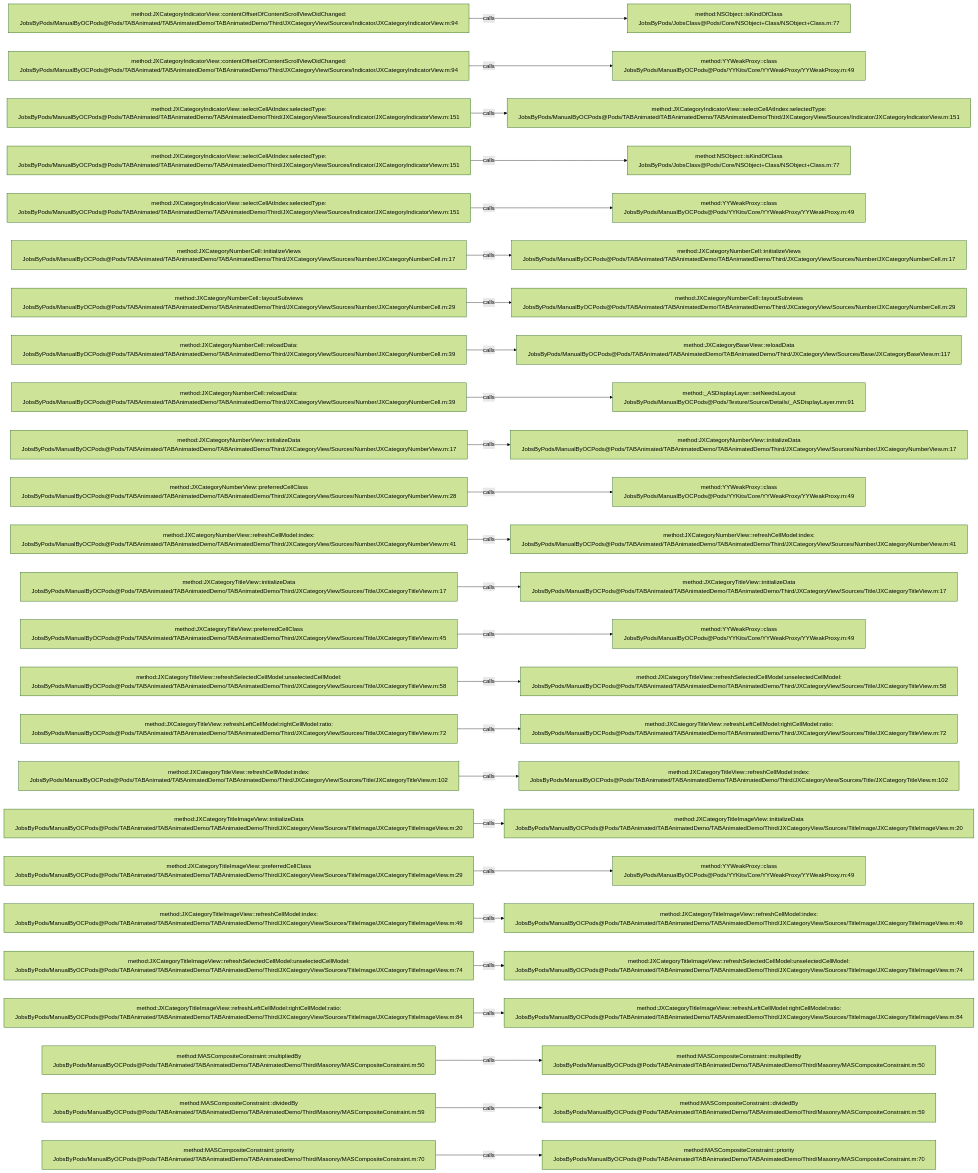
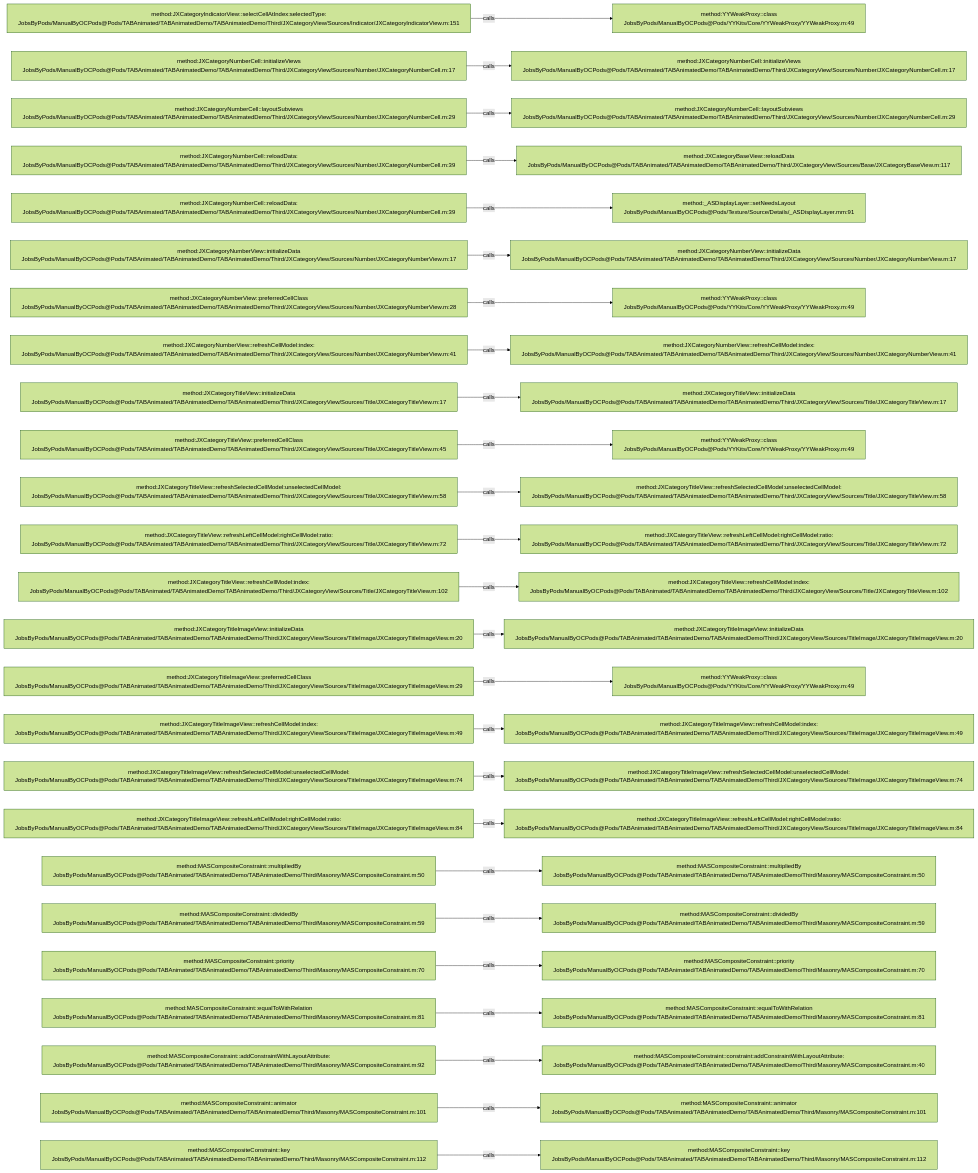
The diagram in .codegraph/codegraph.md/graphs/calls-041.md (JobsKits/JobsOCBaseConfigDemo), drawn with Mermaid (forest theme) before and after one commit. The commit also changed 727 other files, not shown here.

````diff
--- a/.codegraph/codegraph.md/graphs/calls-041.md
+++ b/.codegraph/codegraph.md/graphs/calls-041.md
@@ -13,78 +13,78 @@
 ```mermaid
 flowchart LR
-  S1["method:JXCategoryIndicatorView::contentOffsetOfContentScrollViewDidChanged:<br/>JobsByPods/ManualByOCPods@Pods/TABAnimated/TABAnimatedDemo/TABAnimatedDemo/Third/JXCategoryView/Sources/Indicator/JXCategoryIndicatorView.m:94"]
-  T1["method:NSObject::isKindOfClass<br/>JobsByPods/JobsClass@Pods/Core/NSObject+Class/NSObject+Class.m:77"]
+  S1["method:JXCategoryIndicatorView::selectCellAtIndex:selectedType:<br/>JobsByPods/ManualByOCPods@Pods/TABAnimated/TABAnimatedDemo/TABAnimatedDemo/Third/JXCategoryView/Sources/Indicator/JXCategoryIndicatorView.m:151"]
+  T1["method:YYWeakProxy::class<br/>JobsByPods/ManualByOCPods@Pods/YYKits/Core/YYWeakProxy/YYWeakProxy.m:49"]
   S1 -->|calls| T1
-  S2["method:JXCategoryIndicatorView::contentOffsetOfContentScrollViewDidChanged:<br/>JobsByPods/ManualByOCPods@Pods/TABAnimated/TABAnimatedDemo/TABAnimatedDemo/Third/JXCategoryView/Sources/Indicator/JXCategoryIndicatorView.m:94"]
-  T2["method:YYWeakProxy::class<br/>JobsByPods/ManualByOCPods@Pods/YYKits/Core/YYWeakProxy/YYWeakProxy.m:49"]
+  S2["method:JXCategoryNumberCell::initializeViews<br/>JobsByPods/ManualByOCPods@Pods/TABAnimated/TABAnimatedDemo/TABAnimatedDemo/Third/JXCategoryView/Sources/Number/JXCategoryNumberCell.m:17"]
+  T2["method:JXCategoryNumberCell::initializeViews<br/>JobsByPods/ManualByOCPods@Pods/TABAnimated/TABAnimatedDemo/TABAnimatedDemo/Third/JXCategoryView/Sources/Number/JXCategoryNumberCell.m:17"]
   S2 -->|calls| T2
-  S3["method:JXCategoryIndicatorView::selectCellAtIndex:selectedType:<br/>JobsByPods/ManualByOCPods@Pods/TABAnimated/TABAnimatedDemo/TABAnimatedDemo/Third/JXCategoryView/Sources/Indicator/JXCategoryIndicatorView.m:151"]
-  T3["method:JXCategoryIndicatorView::selectCellAtIndex:selectedType:<br/>JobsByPods/ManualByOCPods@Pods/TABAnimated/TABAnimatedDemo/TABAnimatedDemo/Third/JXCategoryView/Sources/Indicator/JXCategoryIndicatorView.m:151"]
+  S3["method:JXCategoryNumberCell::layoutSubviews<br/>JobsByPods/ManualByOCPods@Pods/TABAnimated/TABAnimatedDemo/TABAnimatedDemo/Third/JXCategoryView/Sources/Number/JXCategoryNumberCell.m:29"]
+  T3["method:JXCategoryNumberCell::layoutSubviews<br/>JobsByPods/ManualByOCPods@Pods/TABAnimated/TABAnimatedDemo/TABAnimatedDemo/Third/JXCategoryView/Sources/Number/JXCategoryNumberCell.m:29"]
   S3 -->|calls| T3
-  S4["method:JXCategoryIndicatorView::selectCellAtIndex:selectedType:<br/>JobsByPods/ManualByOCPods@Pods/TABAnimated/TABAnimatedDemo/TABAnimatedDemo/Third/JXCategoryView/Sources/Indicator/JXCategoryIndicatorView.m:151"]
-  T4["method:NSObject::isKindOfClass<br/>JobsByPods/JobsClass@Pods/Core/NSObject+Class/NSObject+Class.m:77"]
+  S4["method:JXCategoryNumberCell::reloadData:<br/>JobsByPods/ManualByOCPods@Pods/TABAnimated/TABAnimatedDemo/TABAnimatedDemo/Third/JXCategoryView/Sources/Number/JXCategoryNumberCell.m:39"]
+  T4["method:JXCategoryBaseView::reloadData<br/>JobsByPods/ManualByOCPods@Pods/TABAnimated/TABAnimatedDemo/TABAnimatedDemo/Third/JXCategoryView/Sources/Base/JXCategoryBaseView.m:117"]
   S4 -->|calls| T4
-  S5["method:JXCategoryIndicatorView::selectCellAtIndex:selectedType:<br/>JobsByPods/ManualByOCPods@Pods/TABAnimated/TABAnimatedDemo/TABAnimatedDemo/Third/JXCategoryView/Sources/Indicator/JXCategoryIndicatorView.m:151"]
-  T5["method:YYWeakProxy::class<br/>JobsByPods/ManualByOCPods@Pods/YYKits/Core/YYWeakProxy/YYWeakProxy.m:49"]
+  S5["method:JXCategoryNumberCell::reloadData:<br/>JobsByPods/ManualByOCPods@Pods/TABAnimated/TABAnimatedDemo/TABAnimatedDemo/Third/JXCategoryView/Sources/Number/JXCategoryNumberCell.m:39"]
+  T5["method:_ASDisplayLayer::setNeedsLayout<br/>JobsByPods/ManualByOCPods@Pods/Texture/Source/Details/_ASDisplayLayer.mm:91"]
   S5 -->|calls| T5
-  S6["method:JXCategoryNumberCell::initializeViews<br/>JobsByPods/ManualByOCPods@Pods/TABAnimated/TABAnimatedDemo/TABAnimatedDemo/Third/JXCategoryView/Sources/Number/JXCategoryNumberCell.m:17"]
-  T6["method:JXCategoryNumberCell::initializeViews<br/>JobsByPods/ManualByOCPods@Pods/TABAnimated/TABAnimatedDemo/TABAnimatedDemo/Third/JXCategoryView/Sources/Number/JXCategoryNumberCell.m:17"]
+  S6["method:JXCategoryNumberView::initializeData<br/>JobsByPods/ManualByOCPods@Pods/TABAnimated/TABAnimatedDemo/TABAnimatedDemo/Third/JXCategoryView/Sources/Number/JXCategoryNumberView.m:17"]
+  T6["method:JXCategoryNumberView::initializeData<br/>JobsByPods/ManualByOCPods@Pods/TABAnimated/TABAnimatedDemo/TABAnimatedDemo/Third/JXCategoryView/Sources/Number/JXCategoryNumberView.m:17"]
   S6 -->|calls| T6
-  S7["method:JXCategoryNumberCell::layoutSubviews<br/>JobsByPods/ManualByOCPods@Pods/TABAnimated/TABAnimatedDemo/TABAnimatedDemo/Third/JXCategoryView/Sources/Number/JXCategoryNumberCell.m:29"]
-  T7["method:JXCategoryNumberCell::layoutSubviews<br/>JobsByPods/ManualByOCPods@Pods/TABAnimated/TABAnimatedDemo/TABAnimatedDemo/Third/JXCategoryView/Sources/Number/JXCategoryNumberCell.m:29"]
+  S7["method:JXCategoryNumberView::preferredCellClass<br/>JobsByPods/ManualByOCPods@Pods/TABAnimated/TABAnimatedDemo/TABAnimatedDemo/Third/JXCategoryView/Sources/Number/JXCategoryNumberView.m:28"]
+  T7["method:YYWeakProxy::class<br/>JobsByPods/ManualByOCPods@Pods/YYKits/Core/YYWeakProxy/YYWeakProxy.m:49"]
   S7 -->|calls| T7
-  S8["method:JXCategoryNumberCell::reloadData:<br/>JobsByPods/ManualByOCPods@Pods/TABAnimated/TABAnimatedDemo/TABAnimatedDemo/Third/JXCategoryView/Sources/Number/JXCategoryNumberCell.m:39"]
-  T8["method:JXCategoryBaseView::reloadData<br/>JobsByPods/ManualByOCPods@Pods/TABAnimated/TABAnimatedDemo/TABAnimatedDemo/Third/JXCategoryView/Sources/Base/JXCategoryBaseView.m:117"]
+  S8["method:JXCategoryNumberView::refreshCellModel:index:<br/>JobsByPods/ManualByOCPods@Pods/TABAnimated/TABAnimatedDemo/TABAnimatedDemo/Third/JXCategoryView/Sources/Number/JXCategoryNumberView.m:41"]
+  T8["method:JXCategoryNumberView::refreshCellModel:index:<br/>JobsByPods/ManualByOCPods@Pods/TABAnimated/TABAnimatedDemo/TABAnimatedDemo/Third/JXCategoryView/Sources/Number/JXCategoryNumberView.m:41"]
   S8 -->|calls| T8
-  S9["method:JXCategoryNumberCell::reloadData:<br/>JobsByPods/ManualByOCPods@Pods/TABAnimated/TABAnimatedDemo/TABAnimatedDemo/Third/JXCategoryView/Sources/Number/JXCategoryNumberCell.m:39"]
-  T9["method:_ASDisplayLayer::setNeedsLayout<br/>JobsByPods/ManualByOCPods@Pods/Texture/Source/Details/_ASDisplayLayer.mm:91"]
+  S9["method:JXCategoryTitleView::initializeData<br/>JobsByPods/ManualByOCPods@Pods/TABAnimated/TABAnimatedDemo/TABAnimatedDemo/Third/JXCategoryView/Sources/Title/JXCategoryTitleView.m:17"]
+  T9["method:JXCategoryTitleView::initializeData<br/>JobsByPods/ManualByOCPods@Pods/TABAnimated/TABAnimatedDemo/TABAnimatedDemo/Third/JXCategoryView/Sources/Title/JXCategoryTitleView.m:17"]
   S9 -->|calls| T9
-  S10["method:JXCategoryNumberView::initializeData<br/>JobsByPods/ManualByOCPods@Pods/TABAnimated/TABAnimatedDemo/TABAnimatedDemo/Third/JXCategoryView/Sources/Number/JXCategoryNumberView.m:17"]
-  T10["method:JXCategoryNumberView::initializeData<br/>JobsByPods/ManualByOCPods@Pods/TABAnimated/TABAnimatedDemo/TABAnimatedDemo/Third/JXCategoryView/Sources/Number/JXCategoryNumberView.m:17"]
+  S10["method:JXCategoryTitleView::preferredCellClass<br/>JobsByPods/ManualByOCPods@Pods/TABAnimated/TABAnimatedDemo/TABAnimatedDemo/Third/JXCategoryView/Sources/Title/JXCategoryTitleView.m:45"]
+  T10["method:YYWeakProxy::class<br/>JobsByPods/ManualByOCPods@Pods/YYKits/Core/YYWeakProxy/YYWeakProxy.m:49"]
   S10 -->|calls| T10
-  S11["method:JXCategoryNumberView::preferredCellClass<br/>JobsByPods/ManualByOCPods@Pods/TABAnimated/TABAnimatedDemo/TABAnimatedDemo/Third/JXCategoryView/Sources/Number/JXCategoryNumberView.m:28"]
-  T11["method:YYWeakProxy::class<br/>JobsByPods/ManualByOCPods@Pods/YYKits/Core/YYWeakProxy/YYWeakProxy.m:49"]
+  S11["method:JXCategoryTitleView::refreshSelectedCellModel:unselectedCellModel:<br/>JobsByPods/ManualByOCPods@Pods/TABAnimated/TABAnimatedDemo/TABAnimatedDemo/Third/JXCategoryView/Sources/Title/JXCategoryTitleView.m:58"]
+  T11["method:JXCategoryTitleView::refreshSelectedCellModel:unselectedCellModel:<br/>JobsByPods/ManualByOCPods@Pods/TABAnimated/TABAnimatedDemo/TABAnimatedDemo/Third/JXCategoryView/Sources/Title/JXCategoryTitleView.m:58"]
   S11 -->|calls| T11
-  S12["method:JXCategoryNumberView::refreshCellModel:index:<br/>JobsByPods/ManualByOCPods@Pods/TABAnimated/TABAnimatedDemo/TABAnimatedDemo/Third/JXCategoryView/Sources/Number/JXCategoryNumberView.m:41"]
-  T12["method:JXCategoryNumberView::refreshCellModel:index:<br/>JobsByPods/ManualByOCPods@Pods/TABAnimated/TABAnimatedDemo/TABAnimatedDemo/Third/JXCategoryView/Sources/Number/JXCategoryNumberView.m:41"]
+  S12["method:JXCategoryTitleView::refreshLeftCellModel:rightCellModel:ratio:<br/>JobsByPods/ManualByOCPods@Pods/TABAnimated/TABAnimatedDemo/TABAnimatedDemo/Third/JXCategoryView/Sources/Title/JXCategoryTitleView.m:72"]
+  T12["method:JXCategoryTitleView::refreshLeftCellModel:rightCellModel:ratio:<br/>JobsByPods/ManualByOCPods@Pods/TABAnimated/TABAnimatedDemo/TABAnimatedDemo/Third/JXCategoryView/Sources/Title/JXCategoryTitleView.m:72"]
   S12 -->|calls| T12
-  S13["method:JXCategoryTitleView::initializeData<br/>JobsByPods/ManualByOCPods@Pods/TABAnimated/TABAnimatedDemo/TABAnimatedDemo/Third/JXCategoryView/Sources/Title/JXCategoryTitleView.m:17"]
-  T13["method:JXCategoryTitleView::initializeData<br/>JobsByPods/ManualByOCPods@Pods/TABAnimated/TABAnimatedDemo/TABAnimatedDemo/Third/JXCategoryView/Sources/Title/JXCategoryTitleView.m:17"]
+  S13["method:JXCategoryTitleView::refreshCellModel:index:<br/>JobsByPods/ManualByOCPods@Pods/TABAnimated/TABAnimatedDemo/TABAnimatedDemo/Third/JXCategoryView/Sources/Title/JXCategoryTitleView.m:102"]
+  T13["method:JXCategoryTitleView::refreshCellModel:index:<br/>JobsByPods/ManualByOCPods@Pods/TABAnimated/TABAnimatedDemo/TABAnimatedDemo/Third/JXCategoryView/Sources/Title/JXCategoryTitleView.m:102"]
   S13 -->|calls| T13
-  S14["method:JXCategoryTitleView::preferredCellClass<br/>JobsByPods/ManualByOCPods@Pods/TABAnimated/TABAnimatedDemo/TABAnimatedDemo/Third/JXCategoryView/Sources/Title/JXCategoryTitleView.m:45"]
-  T14["method:YYWeakProxy::class<br/>JobsByPods/ManualByOCPods@Pods/YYKits/Core/YYWeakProxy/YYWeakProxy.m:49"]
+  S14["method:JXCategoryTitleImageView::initializeData<br/>JobsByPods/ManualByOCPods@Pods/TABAnimated/TABAnimatedDemo/TABAnimatedDemo/Third/JXCategoryView/Sources/TitleImage/JXCategoryTitleImageView.m:20"]
+  T14["method:JXCategoryTitleImageView::initializeData<br/>JobsByPods/ManualByOCPods@Pods/TABAnimated/TABAnimatedDemo/TABAnimatedDemo/Third/JXCategoryView/Sources/TitleImage/JXCategoryTitleImageView.m:20"]
   S14 -->|calls| T14
-  S15["method:JXCategoryTitleView::refreshSelectedCellModel:unselectedCellModel:<br/>JobsByPods/ManualByOCPods@Pods/TABAnimated/TABAnimatedDemo/TABAnimatedDemo/Third/JXCategoryView/Sources/Title/JXCategoryTitleView.m:58"]
-  T15["method:JXCategoryTitleView::refreshSelectedCellModel:unselectedCellModel:<br/>JobsByPods/ManualByOCPods@Pods/TABAnimated/TABAnimatedDemo/TABAnimatedDemo/Third/JXCategoryView/Sources/Title/JXCategoryTitleView.m:58"]
+  S15["method:JXCategoryTitleImageView::preferredCellClass<br/>JobsByPods/ManualByOCPods@Pods/TABAnimated/TABAnimatedDemo/TABAnimatedDemo/Third/JXCategoryView/Sources/TitleImage/JXCategoryTitleImageView.m:29"]
+  T15["method:YYWeakProxy::class<br/>JobsByPods/ManualByOCPods@Pods/YYKits/Core/YYWeakProxy/YYWeakProxy.m:49"]
   S15 -->|calls| T15
-  S16["method:JXCategoryTitleView::refreshLeftCellModel:rightCellModel:ratio:<br/>JobsByPods/ManualByOCPods@Pods/TABAnimated/TABAnimatedDemo/TABAnimatedDemo/Third/JXCategoryView/Sources/Title/JXCategoryTitleView.m:72"]
-  T16["method:JXCategoryTitleView::refreshLeftCellModel:rightCellModel:ratio:<br/>JobsByPods/ManualByOCPods@Pods/TABAnimated/TABAnimatedDemo/TABAnimatedDemo/Third/JXCategoryView/Sources/Title/JXCategoryTitleView.m:72"]
+  S16["method:JXCategoryTitleImageView::refreshCellModel:index:<br/>JobsByPods/ManualByOCPods@Pods/TABAnimated/TABAnimatedDemo/TABAnimatedDemo/Third/JXCategoryView/Sources/TitleImage/JXCategoryTitleImageView.m:49"]
+  T16["method:JXCategoryTitleImageView::refreshCellModel:index:<br/>JobsByPods/ManualByOCPods@Pods/TABAnimated/TABAnimatedDemo/TABAnimatedDemo/Third/JXCategoryView/Sources/TitleImage/JXCategoryTitleImageView.m:49"]
   S16 -->|calls| T16
-  S17["method:JXCategoryTitleView::refreshCellModel:index:<br/>JobsByPods/ManualByOCPods@Pods/TABAnimated/TABAnimatedDemo/TABAnimatedDemo/Third/JXCategoryView/Sources/Title/JXCategoryTitleView.m:102"]
-  T17["method:JXCategoryTitleView::refreshCellModel:index:<br/>JobsByPods/ManualByOCPods@Pods/TABAnimated/TABAnimatedDemo/TABAnimatedDemo/Third/JXCategoryView/Sources/Title/JXCategoryTitleView.m:102"]
+  S17["method:JXCategoryTitleImageView::refreshSelectedCellModel:unselectedCellModel:<br/>JobsByPods/ManualByOCPods@Pods/TABAnimated/TABAnimatedDemo/TABAnimatedDemo/Third/JXCategoryView/Sources/TitleImage/JXCategoryTitleImageView.m:74"]
+  T17["method:JXCategoryTitleImageView::refreshSelectedCellModel:unselectedCellModel:<br/>JobsByPods/ManualByOCPods@Pods/TABAnimated/TABAnimatedDemo/TABAnimatedDemo/Third/JXCategoryView/Sources/TitleImage/JXCategoryTitleImageView.m:74"]
   S17 -->|calls| T17
-  S18["method:JXCategoryTitleImageView::initializeData<br/>JobsByPods/ManualByOCPods@Pods/TABAnimated/TABAnimatedDemo/TABAnimatedDemo/Third/JXCategoryView/Sources/TitleImage/JXCategoryTitleImageView.m:20"]
-  T18["method:JXCategoryTitleImageView::initializeData<br/>JobsByPods/ManualByOCPods@Pods/TABAnimated/TABAnimatedDemo/TABAnimatedDemo/Third/JXCategoryView/Sources/TitleImage/JXCategoryTitleImageView.m:20"]
+  S18["method:JXCategoryTitleImageView::refreshLeftCellModel:rightCellModel:ratio:<br/>JobsByPods/ManualByOCPods@Pods/TABAnimated/TABAnimatedDemo/TABAnimatedDemo/Third/JXCategoryView/Sources/TitleImage/JXCategoryTitleImageView.m:84"]
+  T18["method:JXCategoryTitleImageView::refreshLeftCellModel:rightCellModel:ratio:<br/>JobsByPods/ManualByOCPods@Pods/TABAnimated/TABAnimatedDemo/TABAnimatedDemo/Third/JXCategoryView/Sources/TitleImage/JXCategoryTitleImageView.m:84"]
   S18 -->|calls| T18
-  S19["method:JXCategoryTitleImageView::preferredCellClass<br/>JobsByPods/ManualByOCPods@Pods/TABAnimated/TABAnimatedDemo/TABAnimatedDemo/Third/JXCategoryView/Sources/TitleImage/JXCategoryTitleImageView.m:29"]
-  T19["method:YYWeakProxy::class<br/>JobsByPods/ManualByOCPods@Pods/YYKits/Core/YYWeakProxy/YYWeakProxy.m:49"]
+  S19["method:MASCompositeConstraint::multipliedBy<br/>JobsByPods/ManualByOCPods@Pods/TABAnimated/TABAnimatedDemo/TABAnimatedDemo/Third/Masonry/MASCompositeConstraint.m:50"]
+  T19["method:MASCompositeConstraint::multipliedBy<br/>JobsByPods/ManualByOCPods@Pods/TABAnimated/TABAnimatedDemo/TABAnimatedDemo/Third/Masonry/MASCompositeConstraint.m:50"]
   S19 -->|calls| T19
-  S20["method:JXCategoryTitleImageView::refreshCellModel:index:<br/>JobsByPods/ManualByOCPods@Pods/TABAnimated/TABAnimatedDemo/TABAnimatedDemo/Third/JXCategoryView/Sources/TitleImage/JXCategoryTitleImageView.m:49"]
-  T20["method:JXCategoryTitleImageView::refreshCellModel:index:<br/>JobsByPods/ManualByOCPods@Pods/TABAnimated/TABAnimatedDemo/TABAnimatedDemo/Third/JXCategoryView/Sources/TitleImage/JXCategoryTitleImageView.m:49"]
+  S20["method:MASCompositeConstraint::dividedBy<br/>JobsByPods/ManualByOCPods@Pods/TABAnimated/TABAnimatedDemo/TABAnimatedDemo/Third/Masonry/MASCompositeConstraint.m:59"]
+  T20["method:MASCompositeConstraint::dividedBy<br/>JobsByPods/ManualByOCPods@Pods/TABAnimated/TABAnimatedDemo/TABAnimatedDemo/Third/Masonry/MASCompositeConstraint.m:59"]
   S20 -->|calls| T20
-  S21["method:JXCategoryTitleImageView::refreshSelectedCellModel:unselectedCellModel:<br/>JobsByPods/ManualByOCPods@Pods/TABAnimated/TABAnimatedDemo/TABAnimatedDemo/Third/JXCategoryView/Sources/TitleImage/JXCategoryTitleImageView.m:74"]
-  T21["method:JXCategoryTitleImageView::refreshSelectedCellModel:unselectedCellModel:<br/>JobsByPods/ManualByOCPods@Pods/TABAnimated/TABAnimatedDemo/TABAnimatedDemo/Third/JXCategoryView/Sources/TitleImage/JXCategoryTitleImageView.m:74"]
+  S21["method:MASCompositeConstraint::priority<br/>JobsByPods/ManualByOCPods@Pods/TABAnimated/TABAnimatedDemo/TABAnimatedDemo/Third/Masonry/MASCompositeConstraint.m:70"]
+  T21["method:MASCompositeConstraint::priority<br/>JobsByPods/ManualByOCPods@Pods/TABAnimated/TABAnimatedDemo/TABAnimatedDemo/Third/Masonry/MASCompositeConstraint.m:70"]
   S21 -->|calls| T21
-  S22["method:JXCategoryTitleImageView::refreshLeftCellModel:rightCellModel:ratio:<br/>JobsByPods/ManualByOCPods@Pods/TABAnimated/TABAnimatedDemo/TABAnimatedDemo/Third/JXCategoryView/Sources/TitleImage/JXCategoryTitleImageView.m:84"]
-  T22["method:JXCategoryTitleImageView::refreshLeftCellModel:rightCellModel:ratio:<br/>JobsByPods/ManualByOCPods@Pods/TABAnimated/TABAnimatedDemo/TABAnimatedDemo/Third/JXCategoryView/Sources/TitleImage/JXCategoryTitleImageView.m:84"]
+  S22["method:MASCompositeConstraint::equalToWithRelation<br/>JobsByPods/ManualByOCPods@Pods/TABAnimated/TABAnimatedDemo/TABAnimatedDemo/Third/Masonry/MASCompositeConstraint.m:81"]
+  T22["method:MASCompositeConstraint::equalToWithRelation<br/>JobsByPods/ManualByOCPods@Pods/TABAnimated/TABAnimatedDemo/TABAnimatedDemo/Third/Masonry/MASCompositeConstraint.m:81"]
   S22 -->|calls| T22
-  S23["method:MASCompositeConstraint::multipliedBy<br/>JobsByPods/ManualByOCPods@Pods/TABAnimated/TABAnimatedDemo/TABAnimatedDemo/Third/Masonry/MASCompositeConstraint.m:50"]
-  T23["method:MASCompositeConstraint::multipliedBy<br/>JobsByPods/ManualByOCPods@Pods/TABAnimated/TABAnimatedDemo/TABAnimatedDemo/Third/Masonry/MASCompositeConstraint.m:50"]
+  S23["method:MASCompositeConstraint::addConstraintWithLayoutAttribute:<br/>JobsByPods/ManualByOCPods@Pods/TABAnimated/TABAnimatedDemo/TABAnimatedDemo/Third/Masonry/MASCompositeConstraint.m:92"]
+  T23["method:MASCompositeConstraint::constraint:addConstraintWithLayoutAttribute:<br/>JobsByPods/ManualByOCPods@Pods/TABAnimated/TABAnimatedDemo/TABAnimatedDemo/Third/Masonry/MASCompositeConstraint.m:40"]
   S23 -->|calls| T23
-  S24["method:MASCompositeConstraint::dividedBy<br/>JobsByPods/ManualByOCPods@Pods/TABAnimated/TABAnimatedDemo/TABAnimatedDemo/Third/Masonry/MASCompositeConstraint.m:59"]
-  T24["method:MASCompositeConstraint::dividedBy<br/>JobsByPods/ManualByOCPods@Pods/TABAnimated/TABAnimatedDemo/TABAnimatedDemo/Third/Masonry/MASCompositeConstraint.m:59"]
+  S24["method:MASCompositeConstraint::animator<br/>JobsByPods/ManualByOCPods@Pods/TABAnimated/TABAnimatedDemo/TABAnimatedDemo/Third/Masonry/MASCompositeConstraint.m:101"]
+  T24["method:MASCompositeConstraint::animator<br/>JobsByPods/ManualByOCPods@Pods/TABAnimated/TABAnimatedDemo/TABAnimatedDemo/Third/Masonry/MASCompositeConstraint.m:101"]
   S24 -->|calls| T24
-  S25["method:MASCompositeConstraint::priority<br/>JobsByPods/ManualByOCPods@Pods/TABAnimated/TABAnimatedDemo/TABAnimatedDemo/Third/Masonry/MASCompositeConstraint.m:70"]
-  T25["method:MASCompositeConstraint::priority<br/>JobsByPods/ManualByOCPods@Pods/TABAnimated/TABAnimatedDemo/TABAnimatedDemo/Third/Masonry/MASCompositeConstraint.m:70"]
+  S25["method:MASCompositeConstraint::key<br/>JobsByPods/ManualByOCPods@Pods/TABAnimated/TABAnimatedDemo/TABAnimatedDemo/Third/Masonry/MASCompositeConstraint.m:112"]
+  T25["method:MASCompositeConstraint::key<br/>JobsByPods/ManualByOCPods@Pods/TABAnimated/TABAnimatedDemo/TABAnimatedDemo/Third/Masonry/MASCompositeConstraint.m:112"]
   S25 -->|calls| T25
 ```
````
